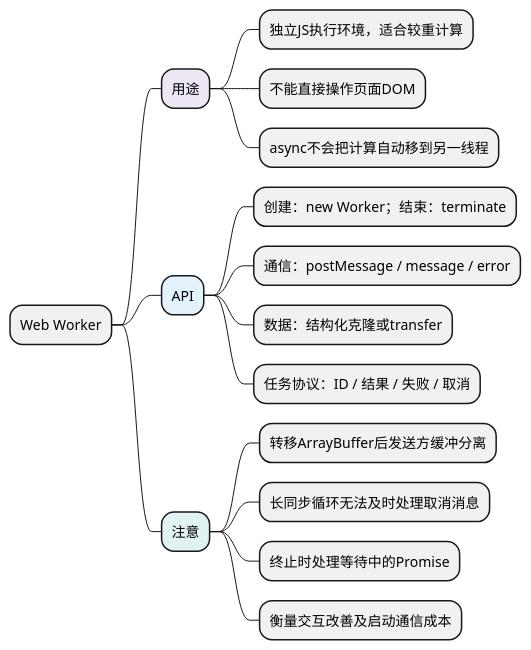
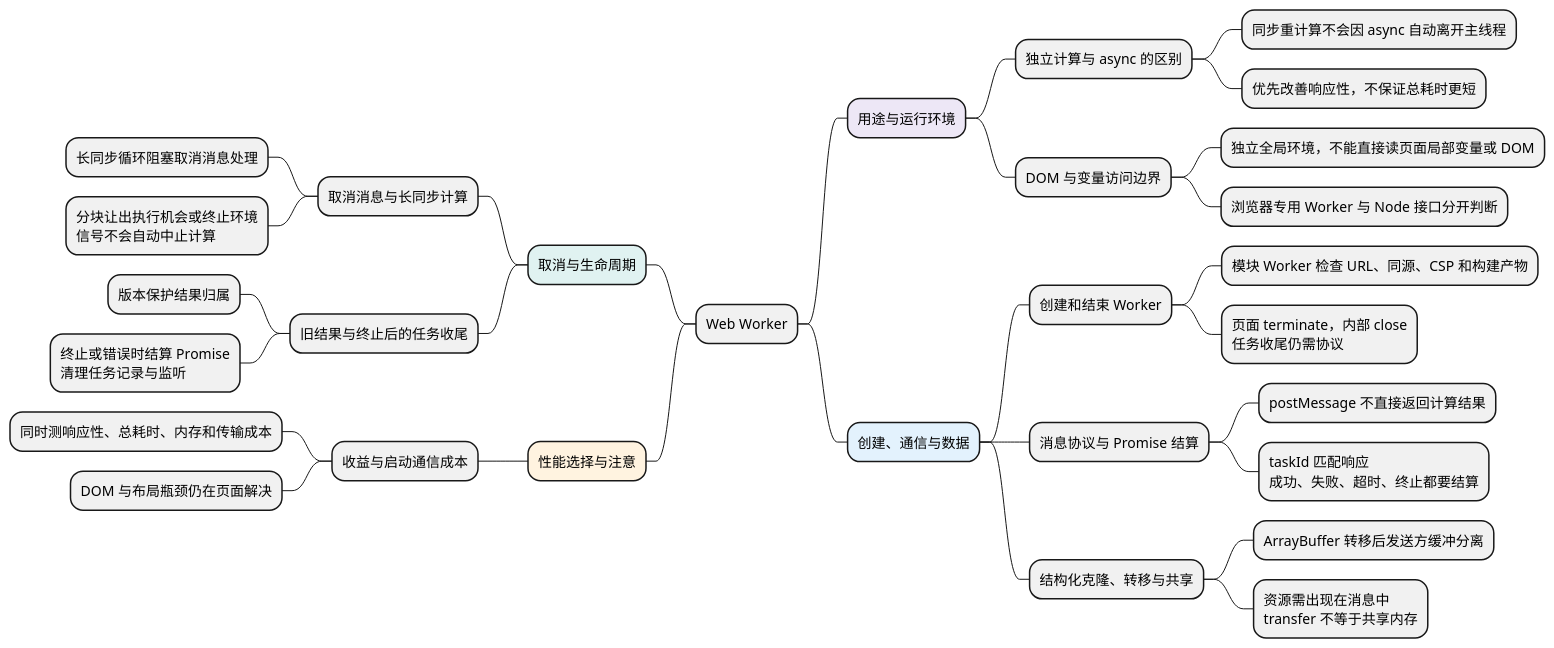
The diagram in docs/AI前端全栈教材/01_JavaScript/06_选读扩展/02_WebWorker.md (chenx18/JAVA), drawn with PlantUML before and after one commit. The commit also changed other lines of this file and 84 other files, not shown here.

````diff
--- a/docs/AI前端全栈教材/01_JavaScript/06_选读扩展/02_WebWorker.md
+++ b/docs/AI前端全栈教材/01_JavaScript/06_选读扩展/02_WebWorker.md
@@ -9,26 +9,41 @@
 ```plantuml
 @startmindmap
 skinparam defaultFontName Microsoft YaHei
 skinparam defaultFontSize 14
 skinparam dpi 100
 skinparam backgroundColor white
 skinparam shadowing false
 
 * Web Worker
-**[#EDE7F6] 用途
-*** 独立JS执行环境，适合较重计算
-*** 不能直接操作页面DOM
-*** async不会把计算自动移到另一线程
-**[#E3F2FD] API
-*** 创建：new Worker；结束：terminate
-*** 通信：postMessage / message / error
-*** 数据：结构化克隆或transfer
-*** 任务协议：ID / 结果 / 失败 / 取消
-**[#E0F2F1] 注意
-*** 转移ArrayBuffer后发送方缓冲分离
-*** 长同步循环无法及时处理取消消息
-*** 终止时处理等待中的Promise
-*** 衡量交互改善及启动通信成本
+**[#EDE7F6] 用途与运行环境
+*** 独立计算与 async 的区别
+**** 同步重计算不会因 async 自动离开主线程
+**** 优先改善响应性，不保证总耗时更短
+*** DOM 与变量访问边界
+**** 独立全局环境，不能直接读页面局部变量或 DOM
+**** 浏览器专用 Worker 与 Node 接口分开判断
+**[#E3F2FD] 创建、通信与数据
+*** 创建和结束 Worker
+**** 模块 Worker 检查 URL、同源、CSP 和构建产物
+**** 页面 terminate，内部 close\n任务收尾仍需协议
+*** 消息协议与 Promise 结算
+**** postMessage 不直接返回计算结果
+**** taskId 匹配响应\n成功、失败、超时、终止都要结算
+*** 结构化克隆、转移与共享
+**** ArrayBuffer 转移后发送方缓冲分离
+**** 资源需出现在消息中\ntransfer 不等于共享内存
+left side
+**[#E0F2F1] 取消与生命周期
+*** 取消消息与长同步计算
+**** 长同步循环阻塞取消消息处理
+**** 分块让出执行机会或终止环境\n信号不会自动中止计算
+*** 旧结果与终止后的任务收尾
+**** 版本保护结果归属
+**** 终止或错误时结算 Promise\n清理任务记录与监听
+**[#FFF3E0] 性能选择与注意
+*** 收益与启动通信成本
+**** 同时测响应性、总耗时、内存和传输成本
+**** DOM 与布局瓶颈仍在页面解决
 
 @endmindmap
 ```
````
